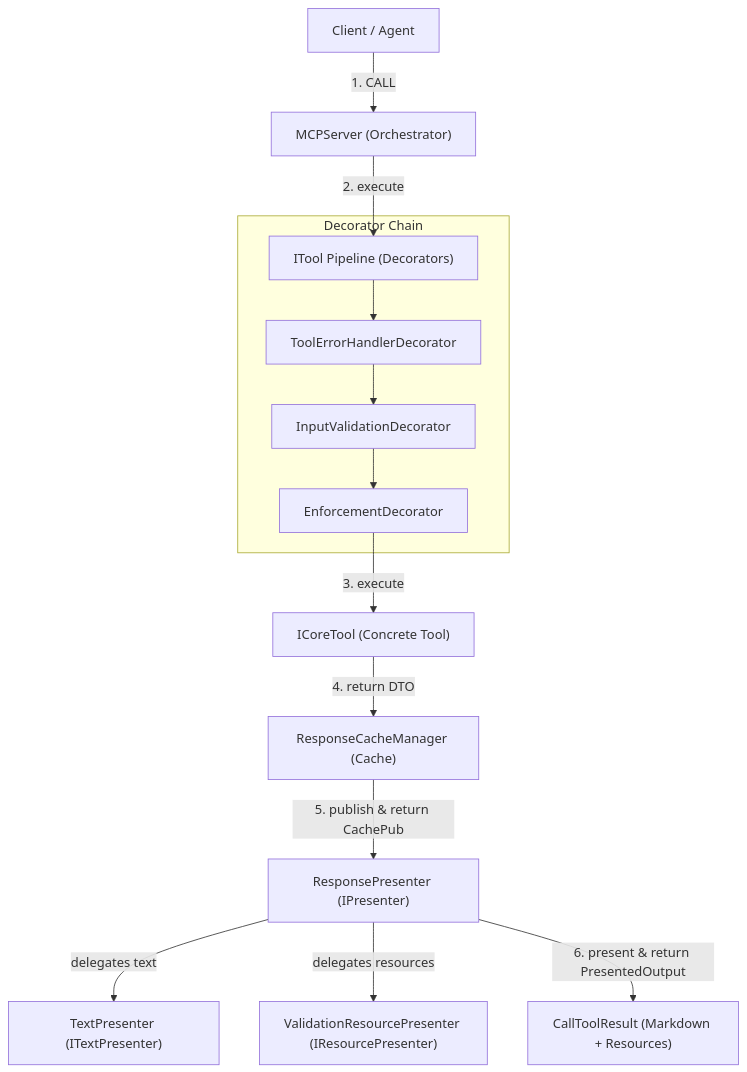
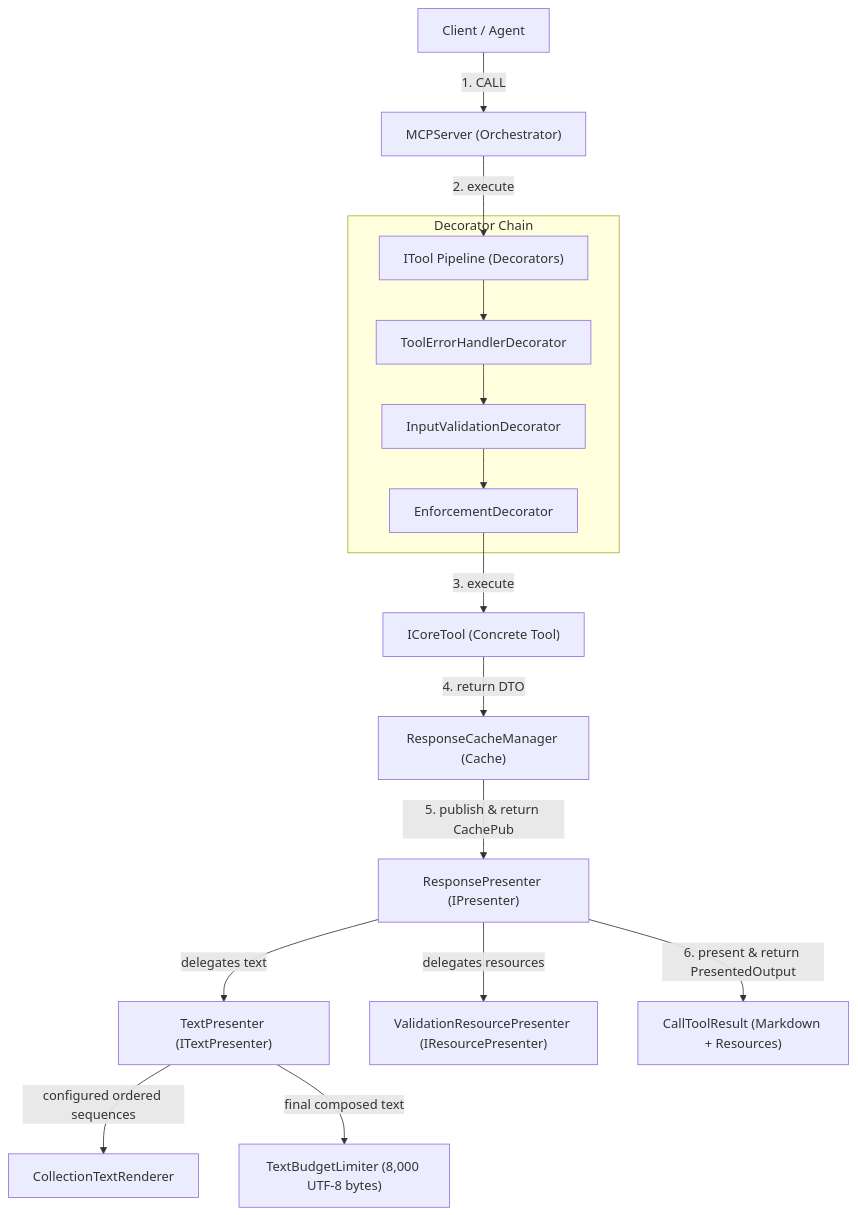
Before and after one commit to MikeyVK/S1mpleTraderV3: the second of 5 diagrams in docs/manuals/architecture.md, drawn with Mermaid. The commit also changed other lines of this file and 14 other files, not shown here.

````diff
--- a/docs/manuals/architecture.md
+++ b/docs/manuals/architecture.md
@@ -148,28 +148,32 @@
 ```mermaid
 graph TD
     Client["Client / Agent"]
     MCPServer["MCPServer (Orchestrator)"]
     Pipeline["ITool Pipeline (Decorators)"]
     Tool["ICoreTool (Concrete Tool)"]
     Cache["ResponseCacheManager (Cache)"]
     Presenter["ResponsePresenter (IPresenter)"]
     TextPresenter["TextPresenter (ITextPresenter)"]
+    CollectionRenderer["CollectionTextRenderer"]
+    BudgetLimiter["TextBudgetLimiter (8,000 UTF-8 bytes)"]
     ResPresenter["ValidationResourcePresenter (IResourcePresenter)"]
     Result["CallToolResult (Markdown + Resources)"]
 
     Client -->|"1. CALL"| MCPServer
     MCPServer -->|"2. execute"| Pipeline
     
     subgraph Decorators ["Decorator Chain"]
         Pipeline --> ErrorHandler["ToolErrorHandlerDecorator"]
         ErrorHandler --> InputValidator["InputValidationDecorator"]
         InputValidator --> Enforcement["EnforcementDecorator"]
     end
     
     Enforcement -->|"3. execute"| Tool
     Tool -->|"4. return DTO"| Cache
     Cache -->|"5. publish & return CachePub"| Presenter
     Presenter -->|"delegates text"| TextPresenter
+    TextPresenter -->|"configured ordered sequences"| CollectionRenderer
+    TextPresenter -->|"final composed text"| BudgetLimiter
     Presenter -->|"delegates resources"| ResPresenter
     Presenter -->|"6. present & return PresentedOutput"| Result
 ```
````
